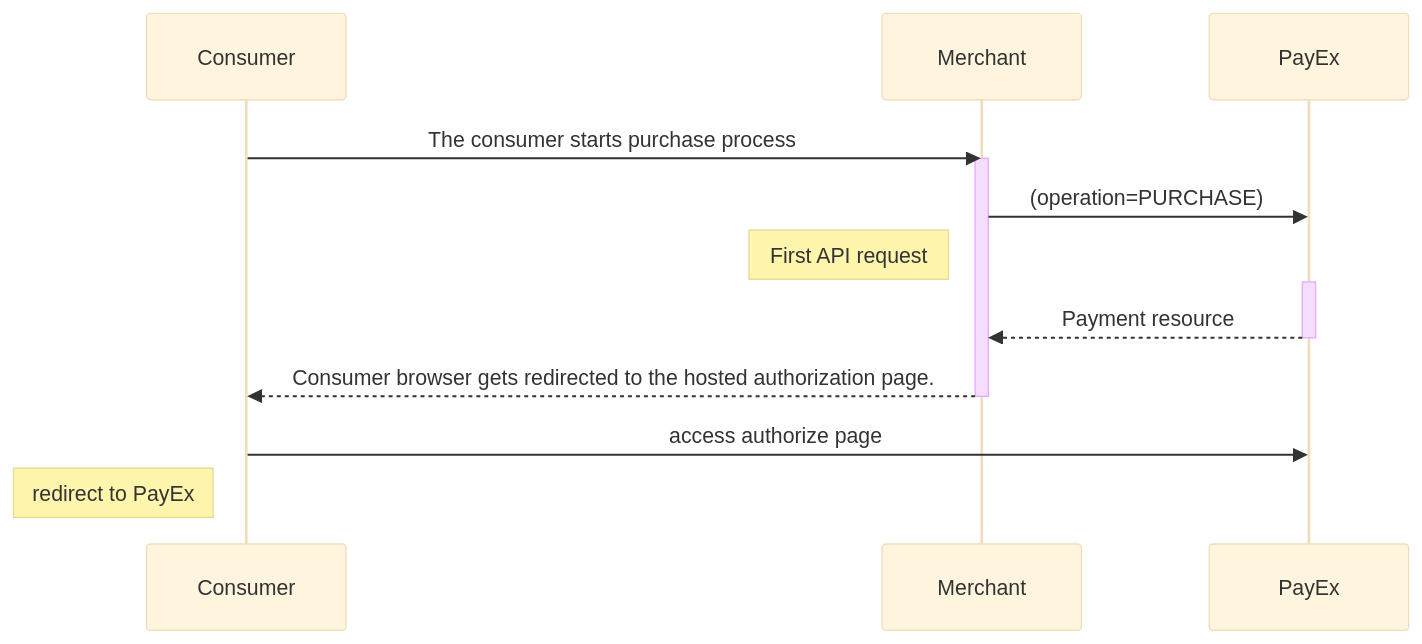
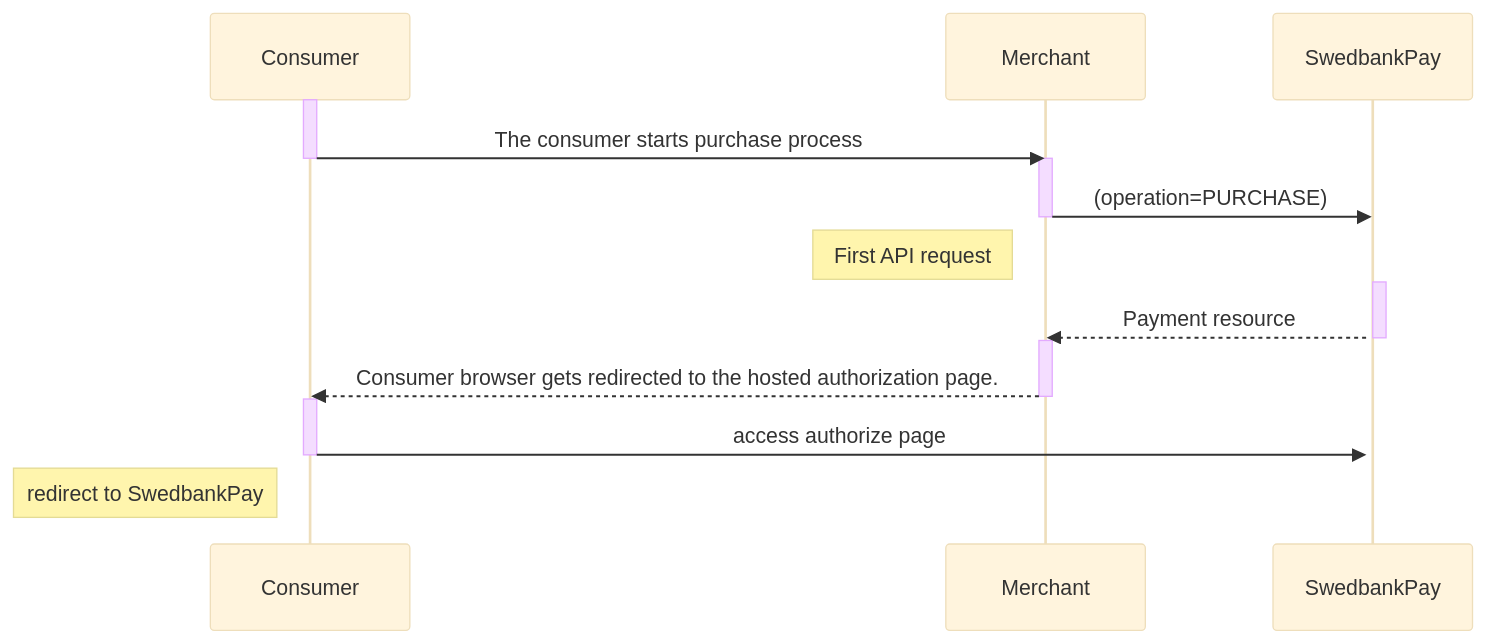
One commit to SwedbankPay/developer.swedbankpay.com changed the second of 2 diagrams in payments/index.md. Above: the diagram before and after it, drawn with Mermaid (base theme). The commit also changed other lines of this file and 4 other files, not shown here.

Commit message:
DX-254 added requested changes from NullableInt + diagram fixes in index

````diff
--- a/payments/index.md
+++ b/payments/index.md
@@ -238,14 +237,16 @@
 ```mermaid
 sequenceDiagram
-Consumer->>Merchant: The consumer starts purchase process
+activate Consumer
+Consumer->>-Merchant: The consumer starts purchase process
 activate Merchant
-Merchant->>PayEx: (operation=PURCHASE)
+Merchant->>-SwedbankPay: (operation=PURCHASE)
+activate SwedbankPay
 note left of Merchant: First API request
-Activate PayEx
-PayEx-->>Merchant: Payment resource
-deactivate PayEx
-Merchant-->>Consumer: Consumer browser gets redirected to the hosted authorization page.
-deactivate Merchant
-Consumer->>PayEx: access authorize page
-note left of Consumer: redirect to PayEx
+Activate SwedbankPay
+SwedbankPay-->>-Merchant: Payment resource
+activate Merchant
+Merchant-->>-Consumer: Consumer browser gets redirected to the hosted authorization page.
+activate Consumer
+Consumer->>-SwedbankPay: access authorize page
+note left of Consumer: redirect to SwedbankPay
 ```
````
